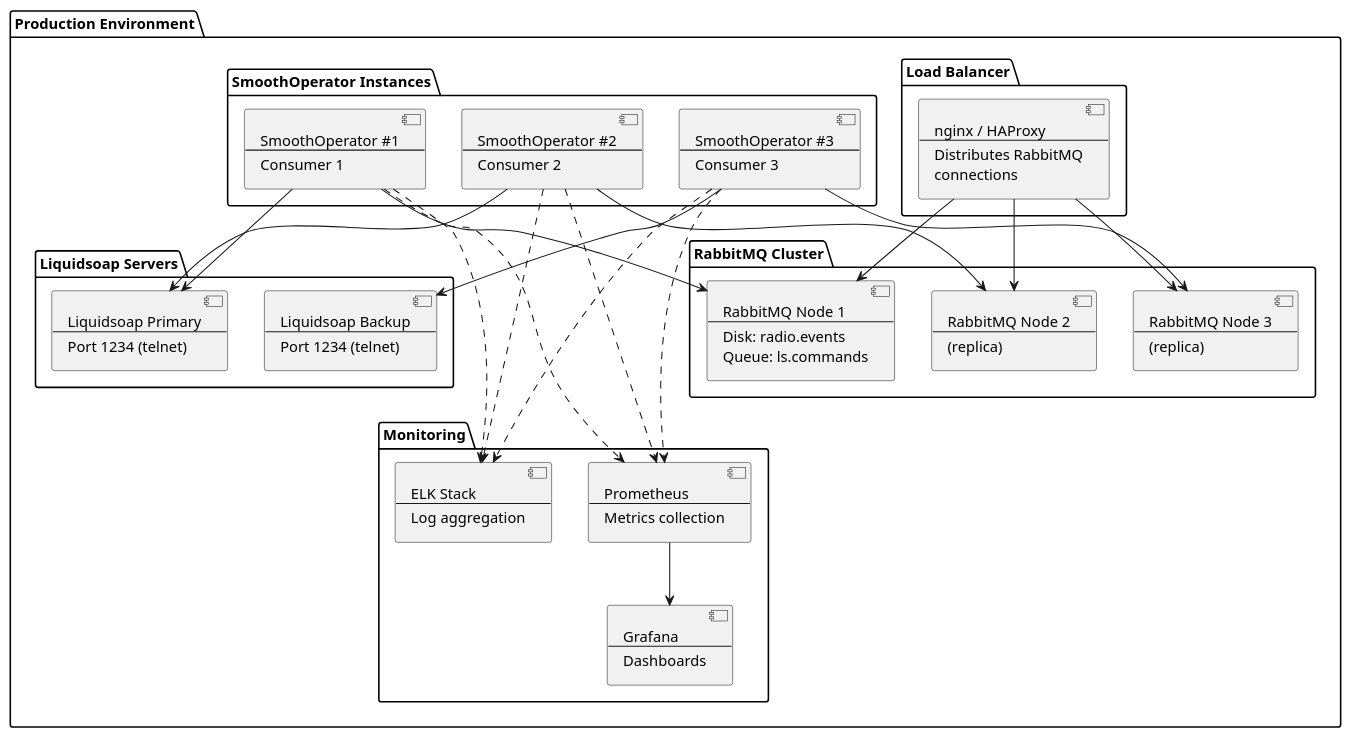
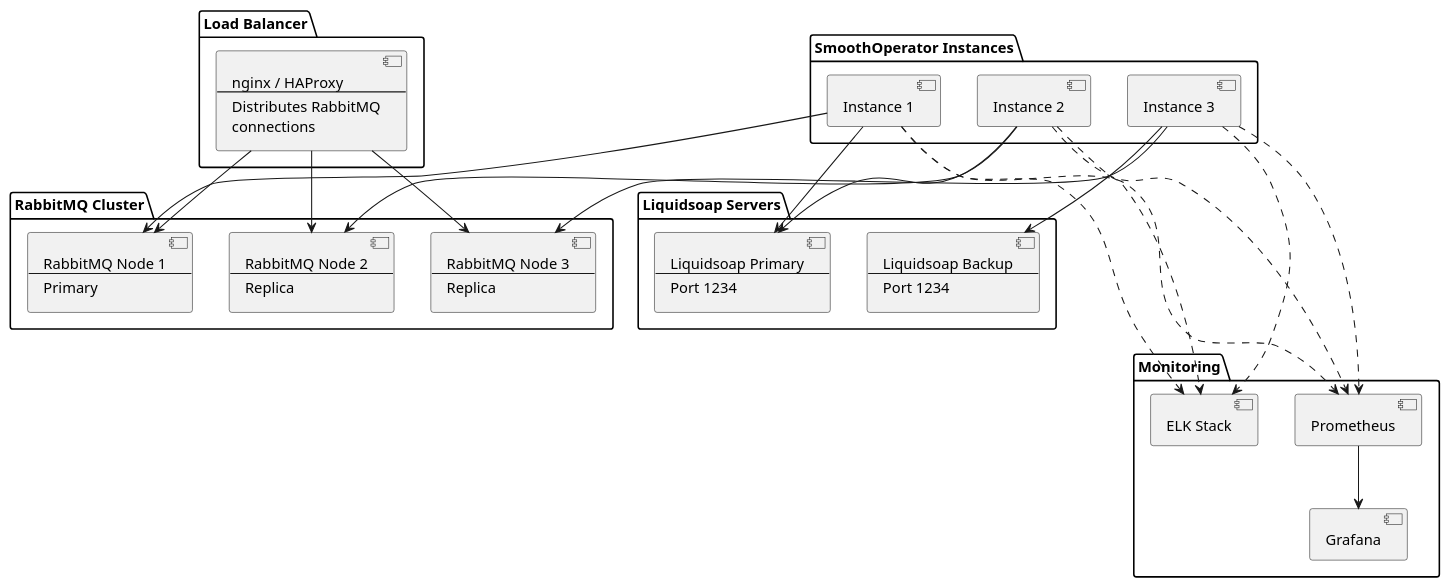
Before and after one commit to intelliurb-lab/smoothoperator: the fifth of 6 diagrams in ARCHITECTURE.md, drawn with PlantUML. The commit also changed other lines of this file and 15 other files, not shown here.

````diff
--- a/ARCHITECTURE.md
+++ b/ARCHITECTURE.md
@@ -262,104 +243,91 @@
 ```plantuml
 @startuml Deployment
-package "Production Environment" {
-  package "Load Balancer" {
-    component LB [
-      nginx / HAProxy
-      ----
-      Distributes RabbitMQ
-      connections
-    ]
-  }
-  
-  package "RabbitMQ Cluster" {
-    component RabbitMQ1 [
-      RabbitMQ Node 1
-      ----
-      Disk: radio.events
-      Queue: ls.commands
-    ]
-    component RabbitMQ2 [
-      RabbitMQ Node 2
-      ----
-      (replica)
-    ]
-    component RabbitMQ3 [
-      RabbitMQ Node 3
-      ----
-      (replica)
-    ]
-  }
-  
-  package "SmoothOperator Instances" {
-    component SO1 [
-      SmoothOperator #1
-      ----
-      Consumer 1
-    ]
-    component SO2 [
-      SmoothOperator #2
-      ----
-      Consumer 2
-    ]
-    component SO3 [
-      SmoothOperator #3
-      ----
-      Consumer 3
-    ]
-  }
-  
-  package "Liquidsoap Servers" {
-    component LS1 [
-      Liquidsoap Primary
-      ----
-      Port 1234 (telnet)
-    ]
-    component LS2 [
-      Liquidsoap Backup
-      ----
-      Port 1234 (telnet)
-    ]
-  }
-  
-  package "Monitoring" {
-    component Prometheus [
-      Prometheus
-      ----
-      Metrics collection
-    ]
-    component Grafana [
-      Grafana
-      ----
-      Dashboards
-    ]
-    component ELK [
-      ELK Stack
-      ----
-      Log aggregation
-    ]
-  }
-  
-  LB --> RabbitMQ1
-  LB --> RabbitMQ2
-  LB --> RabbitMQ3
-  
-  SO1 --> RabbitMQ1
-  SO2 --> RabbitMQ2
-  SO3 --> RabbitMQ3
-  
-  SO1 --> LS1
-  SO2 --> LS1
-  SO3 --> LS2
-  
-  SO1 -.-> Prometheus
-  SO2 -.-> Prometheus
-  SO3 -.-> Prometheus
-  
-  Prometheus --> Grafana
-  
-  SO1 -.-> ELK
-  SO2 -.-> ELK
-  SO3 -.-> ELK
+
+package "Load Balancer" {
+  component LB [
+    nginx / HAProxy
+    ----
+    Distributes RabbitMQ
+    connections
+  ]
 }
+
+package "RabbitMQ Cluster" {
+  component RabbitMQ1 [
+    RabbitMQ Node 1
+    ----
+    Primary
+  ]
+  component RabbitMQ2 [
+    RabbitMQ Node 2
+    ----
+    Replica
+  ]
+  component RabbitMQ3 [
+    RabbitMQ Node 3
+    ----
+    Replica
+  ]
+}
+
+package "SmoothOperator Instances" {
+  component SO1 [
+    Instance 1
+  ]
+  component SO2 [
+    Instance 2
+  ]
+  component SO3 [
+    Instance 3
+  ]
+}
+
+package "Liquidsoap Servers" {
+  component LS1 [
+    Liquidsoap Primary
+    ----
+    Port 1234
+  ]
+  component LS2 [
+    Liquidsoap Backup
+    ----
+    Port 1234
+  ]
+}
+
+package "Monitoring" {
+  component Prometheus [
+    Prometheus
+  ]
+  component Grafana [
+    Grafana
+  ]
+  component ELK [
+    ELK Stack
+  ]
+}
+
+LB --> RabbitMQ1
+LB --> RabbitMQ2
+LB --> RabbitMQ3
+
+SO1 --> RabbitMQ1
+SO2 --> RabbitMQ2
+SO3 --> RabbitMQ3
+
+SO1 --> LS1
+SO2 --> LS1
+SO3 --> LS2
+
+SO1 -.-> Prometheus
+SO2 -.-> Prometheus
+SO3 -.-> Prometheus
+
+Prometheus --> Grafana
+
+SO1 -.-> ELK
+SO2 -.-> ELK
+SO3 -.-> ELK
+
 @enduml
 ```
````
